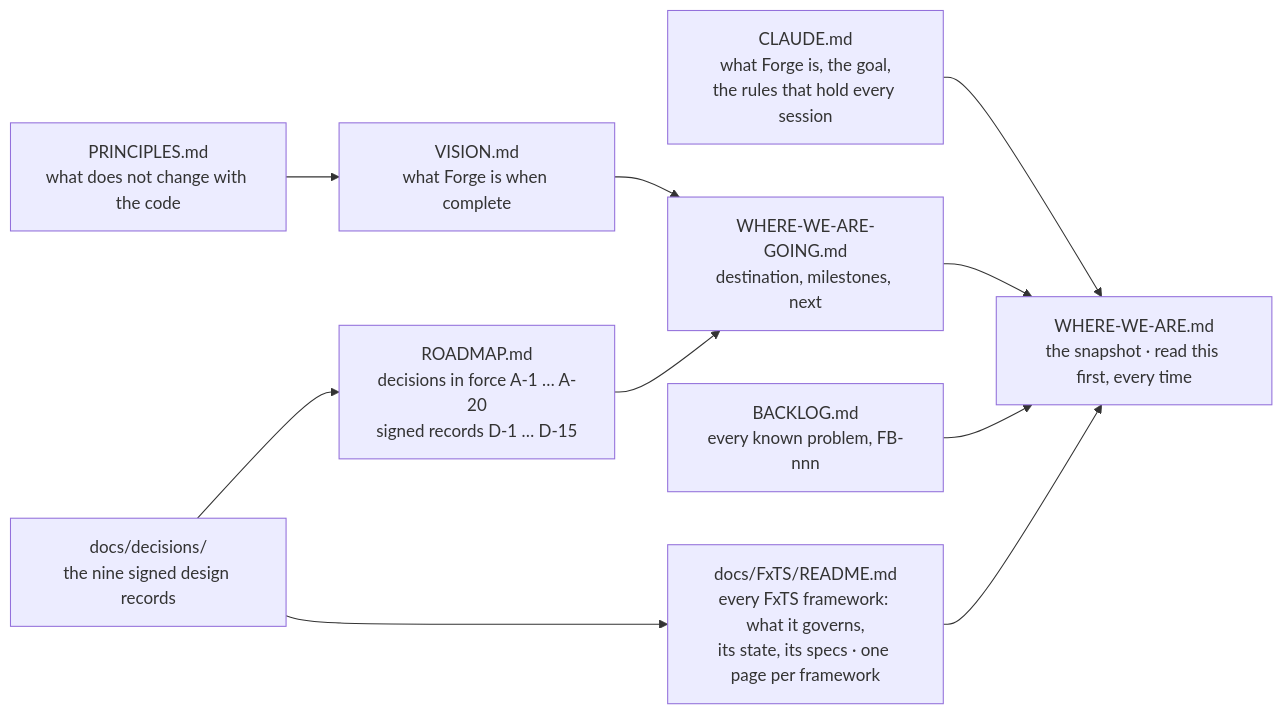
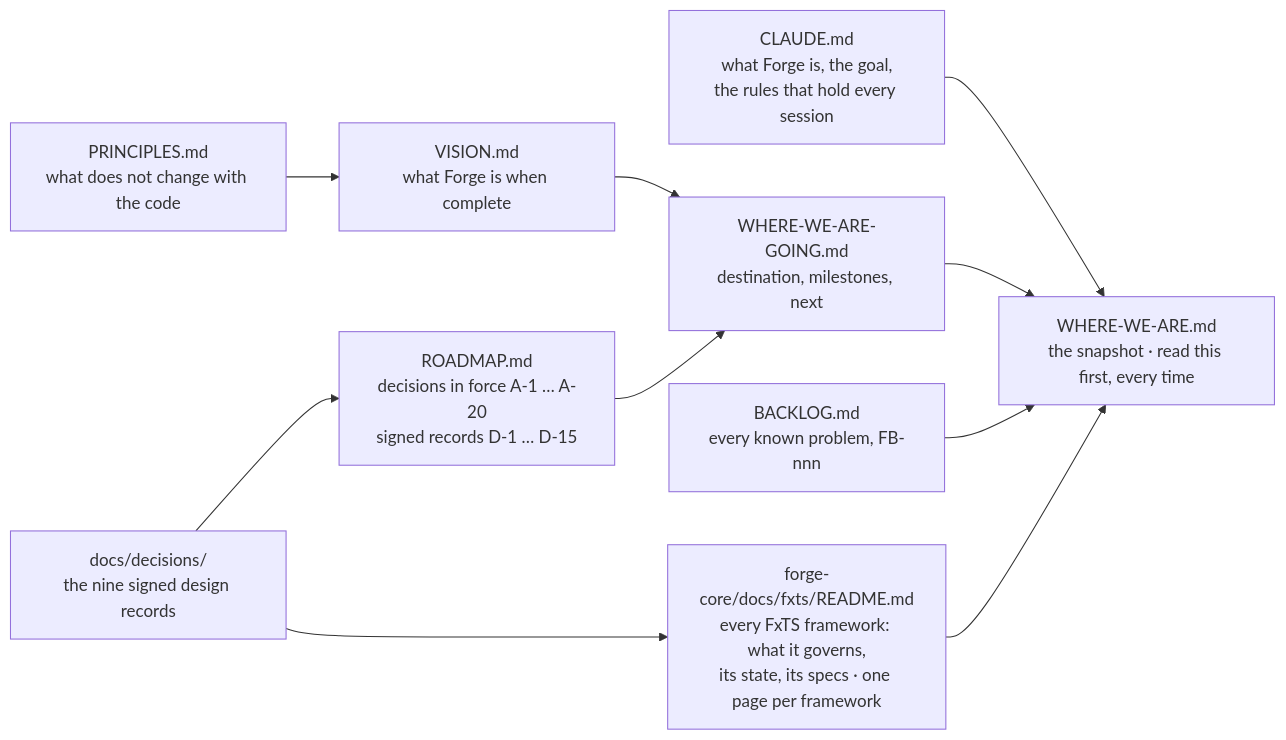
Before and after one commit to reh3376/forge: the second of 26 diagrams in docs/tutorial.md, drawn with Mermaid. The commit also changed other lines of this file and 33 other files, not shown here.

First line of the commit message:
refactor: forge-core's documents live in forge-core/docs (FB-227, step 3)

````diff
--- a/docs/tutorial.md
+++ b/docs/tutorial.md
@@ -303,12 +303,12 @@
 ```mermaid
 flowchart LR
   C["CLAUDE.md<br/>what Forge is, the goal,<br/>the rules that hold every session"] --> W
   V["VISION.md<br/>what Forge is when complete"] --> G["WHERE-WE-ARE-GOING.md<br/>destination, milestones, next"]
   G --> W["WHERE-WE-ARE.md<br/>the snapshot · read this first, every time"]
   R["ROADMAP.md<br/>decisions in force A-1 … A-20<br/>signed records D-1 … D-15"] --> G
   DR["docs/decisions/<br/>the nine signed design records"] --> R
   B["BACKLOG.md<br/>every known problem, FB-nnn"] --> W
   P["PRINCIPLES.md<br/>what does not change with the code"] --> V
-  F["docs/FxTS/README.md<br/>every FxTS framework: what it governs,<br/>its state, its specs · one page per framework"] --> W
+  F["forge-core/docs/fxts/README.md<br/>every FxTS framework: what it governs,<br/>its state, its specs · one page per framework"] --> W
   DR --> F
 ```
````
